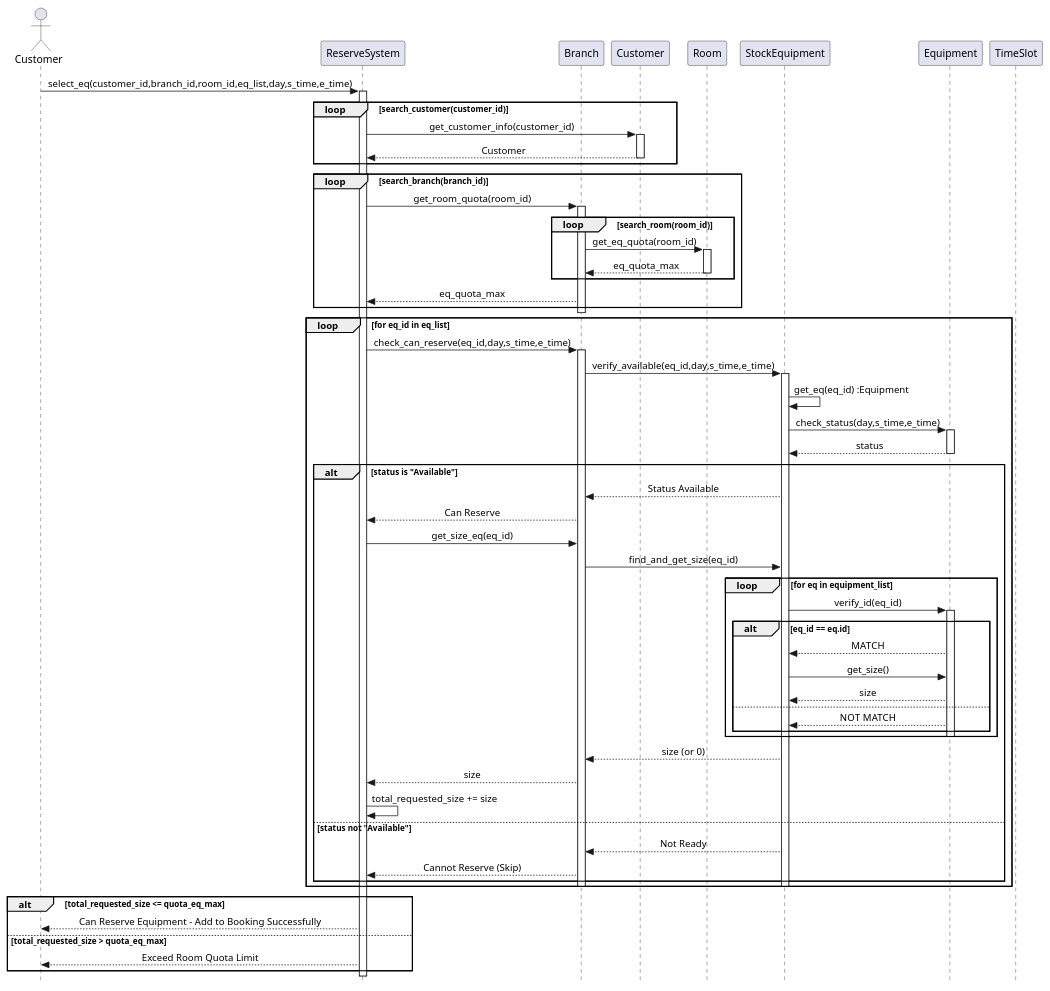
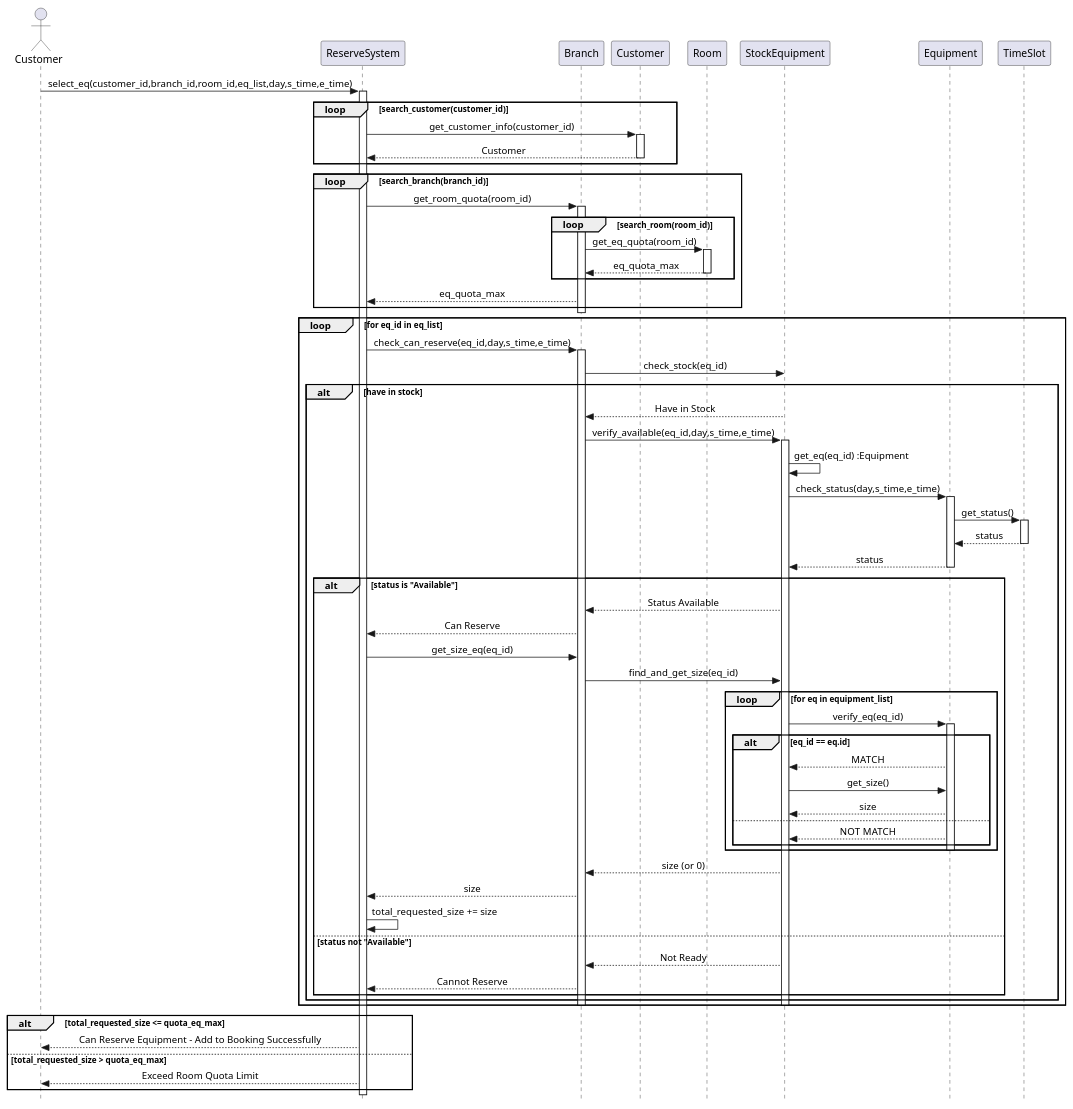
One commit to pjngth998/RhythmReserve changed the diagram in diagram/sequence_diagram/select_eq.puml. Above: the diagram before and after it, drawn with PlantUML. The commit also changed 1 other file, not shown here.

```diff
--- a/diagram/sequence_diagram/select_eq.puml
+++ b/diagram/sequence_diagram/select_eq.puml
@@ -1,95 +1,103 @@
 @startuml
 
 skinparam style strictuml
 skinparam sequenceMessageAlign center
 
 actor "Customer" as actor
 participant "ReserveSystem" as system
 participant "Branch" as branch
 participant "Customer" as customer
 participant "Room" as room
 participant "StockEquipment" as stock
 participant "Equipment" as eq
 ' participant "Booking" as booking
 ' participant "Service_IN" as sv_in
 participant "TimeSlot" as timeslot
 
 actor -> system : select_eq(customer_id,branch_id,room_id,eq_list,day,s_time,e_time)
 activate system
 loop search_customer(customer_id)
     system -> customer : get_customer_info(customer_id)
     activate customer
     customer --> system : Customer
     deactivate customer
 end
 loop search_branch(branch_id)
     system -> branch : get_room_quota(room_id)
     activate branch
     loop search_room(room_id)
                 branch -> room : get_eq_quota(room_id)
                 activate room
                 room --> branch : eq_quota_max
                 deactivate room
     end
     branch --> system : eq_quota_max
 end
 deactivate branch
 loop for eq_id in eq_list
     ' --- ขั้นตอนที่ 1: การตรวจสอบ (Check) ---
     system -> branch : check_can_reserve(eq_id,day,s_time,e_time)
     activate branch
-    branch -> stock : verify_available(eq_id,day,s_time,e_time)
-    activate stock
-    stock -> stock : get_eq(eq_id) :Equipment
-    ' stock --> stock : Equipment
-    ' eq--> stock : Equipment
-    stock -> eq : check_status(day,s_time,e_time)
-    activate eq
-    eq --> stock : status
-    deactivate eq
+    branch -> stock : check_stock(eq_id)
+    alt have in stock
+        stock --> branch : Have in Stock
+        branch -> stock : verify_available(eq_id,day,s_time,e_time)
+        activate stock
+        stock -> stock : get_eq(eq_id) :Equipment
+        ' stock --> stock : Equipment
+        ' eq--> stock : Equipment
+        stock -> eq : check_status(day,s_time,e_time)
+        activate eq
+        eq -> timeslot : get_status()
+        activate timeslot
+        timeslot --> eq : status
+        deactivate timeslot
+        eq --> stock : status
+        deactivate eq
 
-    alt status is "Available"
-        stock --> branch : Status Available
-        branch --> system : Can Reserve
-        
-        ' --- ขั้นตอนที่ 2: การดึงข้อมูล (Get) เมื่อตรวจสอบผ่านแล้ว ---
-        system -> branch : get_size_eq(eq_id)
-        branch -> stock : find_and_get_size(eq_id)
-        
-        loop for eq in equipment_list
-            stock -> eq : verify_id(eq_id)
-            activate eq
-            alt eq_id == eq.id
-                eq --> stock : MATCH
-                stock -> eq : get_size()
-                eq --> stock : size
-            else
-                eq --> stock : NOT MATCH
+        alt status is "Available"
+            stock --> branch : Status Available
+            branch --> system : Can Reserve
+            
+            ' --- ขั้นตอนที่ 2: การดึงข้อมูล (Get) เมื่อตรวจสอบผ่านแล้ว ---
+            system -> branch : get_size_eq(eq_id)
+            branch -> stock : find_and_get_size(eq_id)
+            
+            loop for eq in equipment_list
+                stock -> eq : verify_eq(eq_id)
+                activate eq
+                alt eq_id == eq.id
+                    eq --> stock : MATCH
+                    stock -> eq : get_size()
+                    eq --> stock : size
+                else
+                    eq --> stock : NOT MATCH
+                end
+                deactivate eq
             end
-            deactivate eq
+            
+            stock --> branch : size (or 0)
+            branch --> system : size
+            system -> system : total_requested_size += size
+            
+        else status not "Available"
+            stock --> branch : Not Ready
+            branch --> system : Cannot Reserve
         end
-        
-        stock --> branch : size (or 0)
-        branch --> system : size
-        system -> system : total_requested_size += size
-        
-    else status not "Available"
-        stock --> branch : Not Ready
-        branch --> system : Cannot Reserve (Skip)
     end
     
     deactivate stock
     deactivate branch
 end
 activate branch
 
 
 alt total_requested_size <= quota_eq_max
     system --> actor : Can Reserve Equipment - Add to Booking Successfully
 else total_requested_size > quota_eq_max
     system --> actor : Exceed Room Quota Limit
 end
 
 deactivate system
 
 @enduml
```
